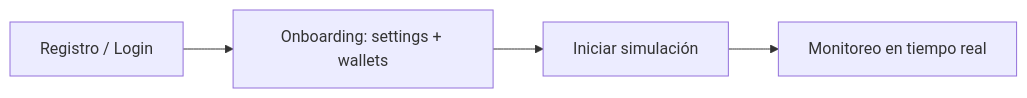
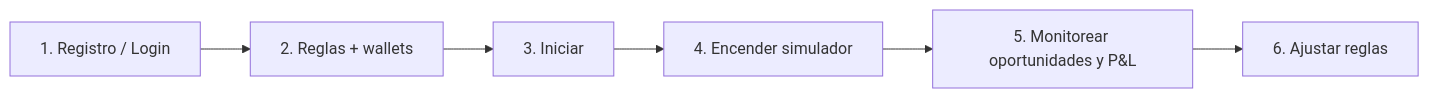
One commit to abiside/coding-challenge-mexico changed the second of 3 diagrams in README.md. Above: the diagram before and after it, drawn with Mermaid. The commit also changed other lines of this file and 6 other files, not shown here.

````diff
--- a/README.md
+++ b/README.md
@@ -61,6 +105,8 @@
 ```mermaid
 flowchart LR
-    reg[Registro / Login] --> onb[Onboarding: settings + wallets]
-    onb --> start[Iniciar simulación]
-    start --> mon[Monitoreo en tiempo real]
+    reg[1. Registro / Login] --> onb[2. Reglas + wallets]
+    onb --> start[3. Iniciar]
+    start --> sim[4. Encender simulador]
+    sim --> mon[5. Monitorear oportunidades y P&L]
+    mon --> tune[6. Ajustar reglas]
 ```
````
